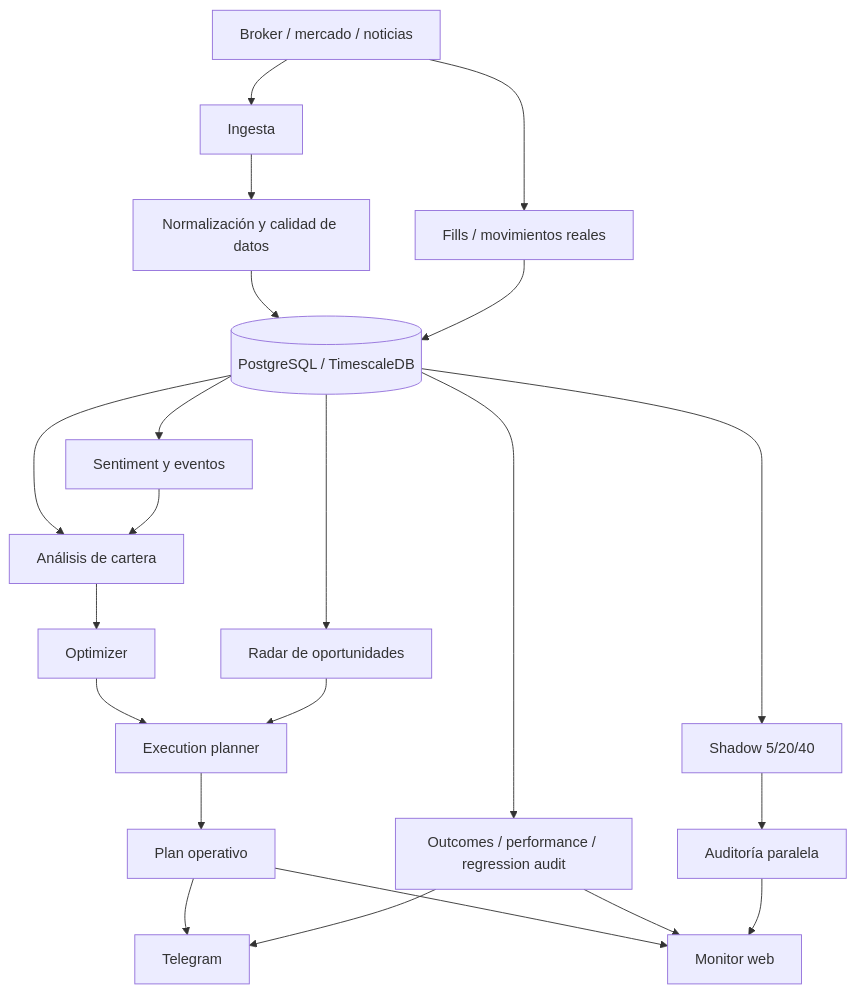
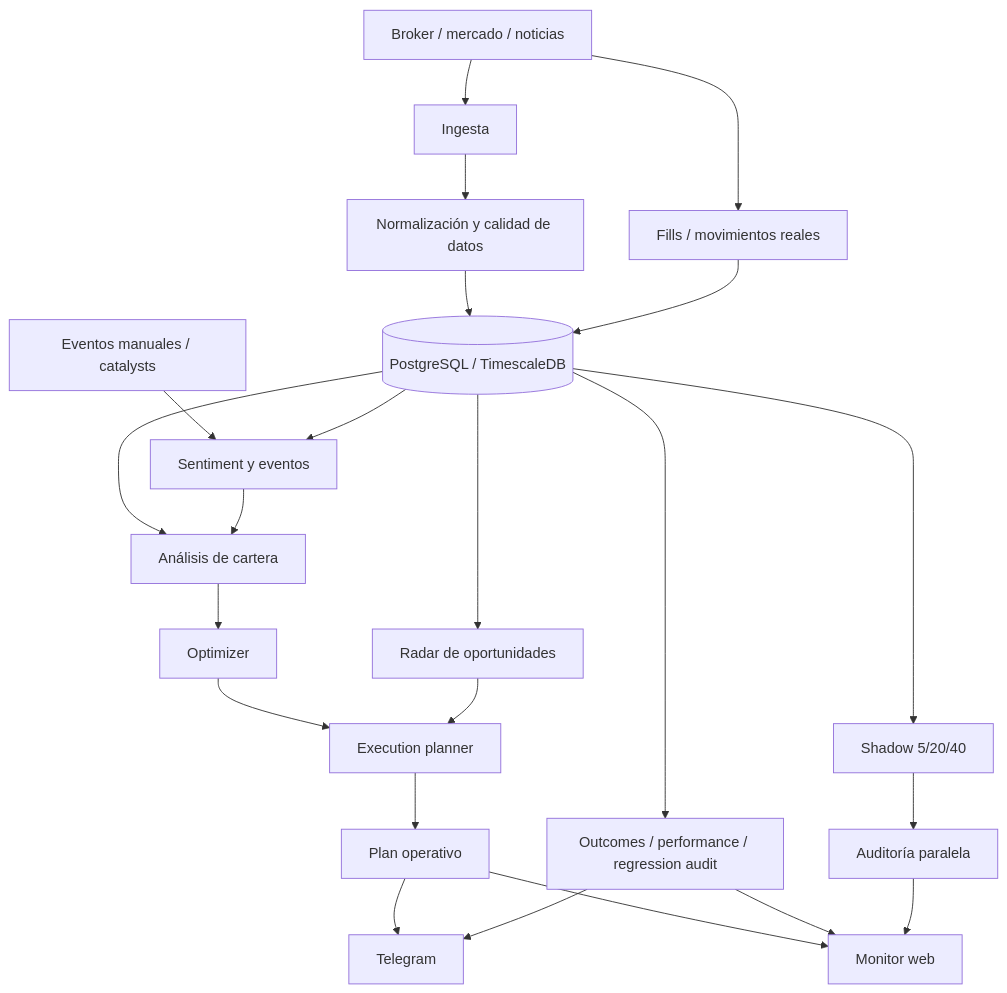
One commit to Francoparodi01/Portfolio-manager- changed the diagram in README_QUANTIA.md. Above: the diagram before and after it, drawn with Mermaid. The commit also changed other lines of this file, not shown here.

````diff
--- a/README_QUANTIA.md
+++ b/README_QUANTIA.md
@@ -19,29 +19,30 @@
 ```mermaid
 flowchart TD
     A["Broker / mercado / noticias"] --> B["Ingesta"]
+    Q["Eventos manuales / catalysts"] --> H["Sentiment y eventos"]
     B --> C["Normalización y calidad de datos"]
     C --> D[("PostgreSQL / TimescaleDB")]
 
     D --> E["Análisis de cartera"]
     D --> F["Radar de oportunidades"]
     D --> G["Shadow 5/20/40"]
     D --> H["Sentiment y eventos"]
 
     E --> I["Optimizer"]
     I --> J["Execution planner"]
     F --> J
     H --> E
 
     J --> K["Plan operativo"]
     K --> L["Telegram"]
     K --> M["Monitor web"]
 
     A --> N["Fills / movimientos reales"]
     N --> D
     D --> O["Outcomes / performance / regression audit"]
     O --> M
     O --> L
 
     G --> P["Auditoría paralela"]
     P --> M
 ```
````
